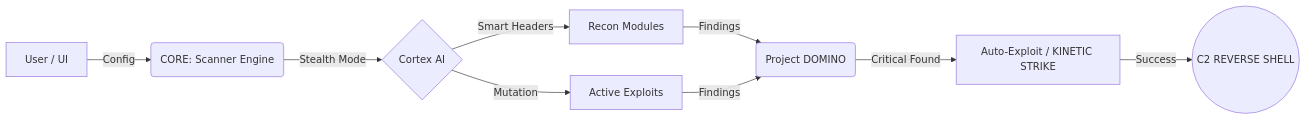
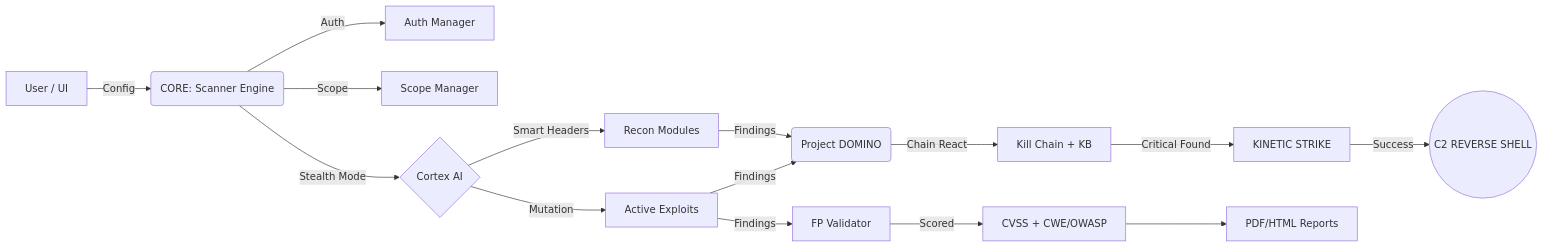
The diagram in README.md (Meow-011/LOCKON-ORBITAL-STRIKE), drawn with Mermaid before and after one commit. The commit also changed other lines of this file, not shown here.

````diff
--- a/README.md
+++ b/README.md
@@ -37,10 +53,16 @@
 ```mermaid
 graph LR
     A[User / UI] -->|Config| B(CORE: Scanner Engine)
+    B -->|Auth| B1[Auth Manager]
+    B -->|Scope| B2[Scope Manager]
     B -->|Stealth Mode| C{Cortex AI}
     C -->|Smart Headers| D[Recon Modules]
     C -->|Mutation| E[Active Exploits]
     D & E -->|Findings| F(Project DOMINO)
-    F -->|Critical Found| G[Auto-Exploit / KINETIC STRIKE]
-    G -->|Success| H((C2 REVERSE SHELL))
+    F -->|Chain React| G[Kill Chain + KB]
+    G -->|Critical Found| H[KINETIC STRIKE]
+    H -->|Success| I((C2 REVERSE SHELL))
+    E -->|Findings| J[FP Validator]
+    J -->|Scored| K[CVSS + CWE/OWASP]
+    K --> L[PDF/HTML Reports]
 ```
````
